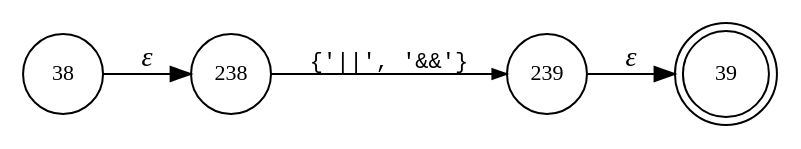
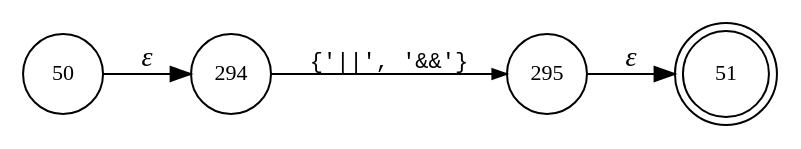
Before and after one commit to gar13177/Scanner: the diagram in build/classes/grammar/ANTLR/decaf.cond_op.dot, drawn with Graphviz. The commit also changed 226 other files, not shown here.

```diff
--- a/build/classes/grammar/ANTLR/decaf.cond_op.dot
+++ b/build/classes/grammar/ANTLR/decaf.cond_op.dot
@@ -1,10 +1,10 @@
 digraph ATN {
 rankdir=LR;
-s39[fontsize=11, label="39", shape=doublecircle, fixedsize=true, width=.6];
-s38[fontsize=11,label="38", shape=circle, fixedsize=true, width=.55, peripheries=1];
-s238[fontsize=11,label="238", shape=circle, fixedsize=true, width=.55, peripheries=1];
-s239[fontsize=11,label="239", shape=circle, fixedsize=true, width=.55, peripheries=1];
-s38 -> s238 [fontname="Times-Italic", label="&epsilon;"];
-s238 -> s239 [fontsize=11, fontname="Courier", arrowsize=.7, label = "{'||', '&&'}", arrowhead = normal];
-s239 -> s39 [fontname="Times-Italic", label="&epsilon;"];
+s51[fontsize=11, label="51", shape=doublecircle, fixedsize=true, width=.6];
+s50[fontsize=11,label="50", shape=circle, fixedsize=true, width=.55, peripheries=1];
+s294[fontsize=11,label="294", shape=circle, fixedsize=true, width=.55, peripheries=1];
+s295[fontsize=11,label="295", shape=circle, fixedsize=true, width=.55, peripheries=1];
+s50 -> s294 [fontname="Times-Italic", label="&epsilon;"];
+s294 -> s295 [fontsize=11, fontname="Courier", arrowsize=.7, label = "{'||', '&&'}", arrowhead = normal];
+s295 -> s51 [fontname="Times-Italic", label="&epsilon;"];
 }
```
